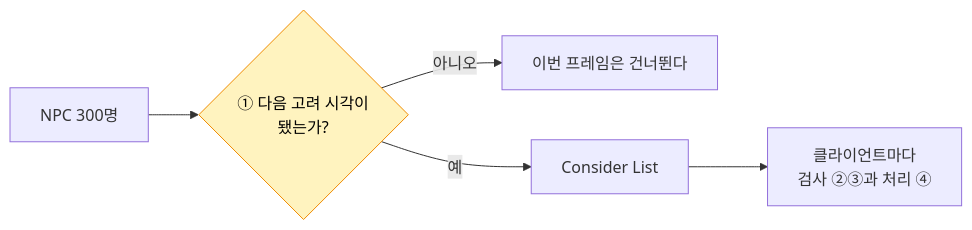
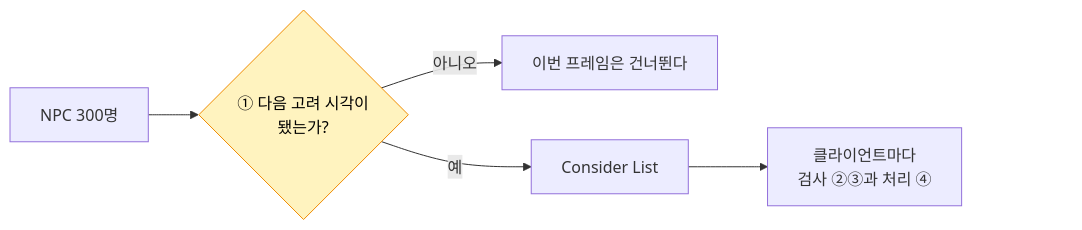
One commit to hon454/ue-dedicated-server-optimization-lab changed the first of 2 diagrams in Posts/04-update-frequency/README.md. Above: the diagram before and after it, drawn with Mermaid. The commit also changed 5 other files, not shown here.

First line of the commit message:
docs(posts): keep the last flow node clear of GitHub's diagram controls

````diff
--- a/Posts/04-update-frequency/README.md
+++ b/Posts/04-update-frequency/README.md
@@ -41,9 +41,12 @@
 ```mermaid
 flowchart LR
     A["NPC 300명"] --> B{"① 다음 고려 시각이<br/>됐는가?"}
     B -- "아니오" --> X["이번 프레임은 건너뛴다"]
     B -- "예" --> C["Consider List"]
     C --> D["클라이언트마다<br/>검사 ②③과 처리 ④"]
+    D ~~~ Pad["　　　　　　"]
     classDef cut fill:#fff3bf,stroke:#f08c00,color:#000
     class B cut
+    classDef pad fill:none,stroke:none
+    class Pad pad
 ```
````
